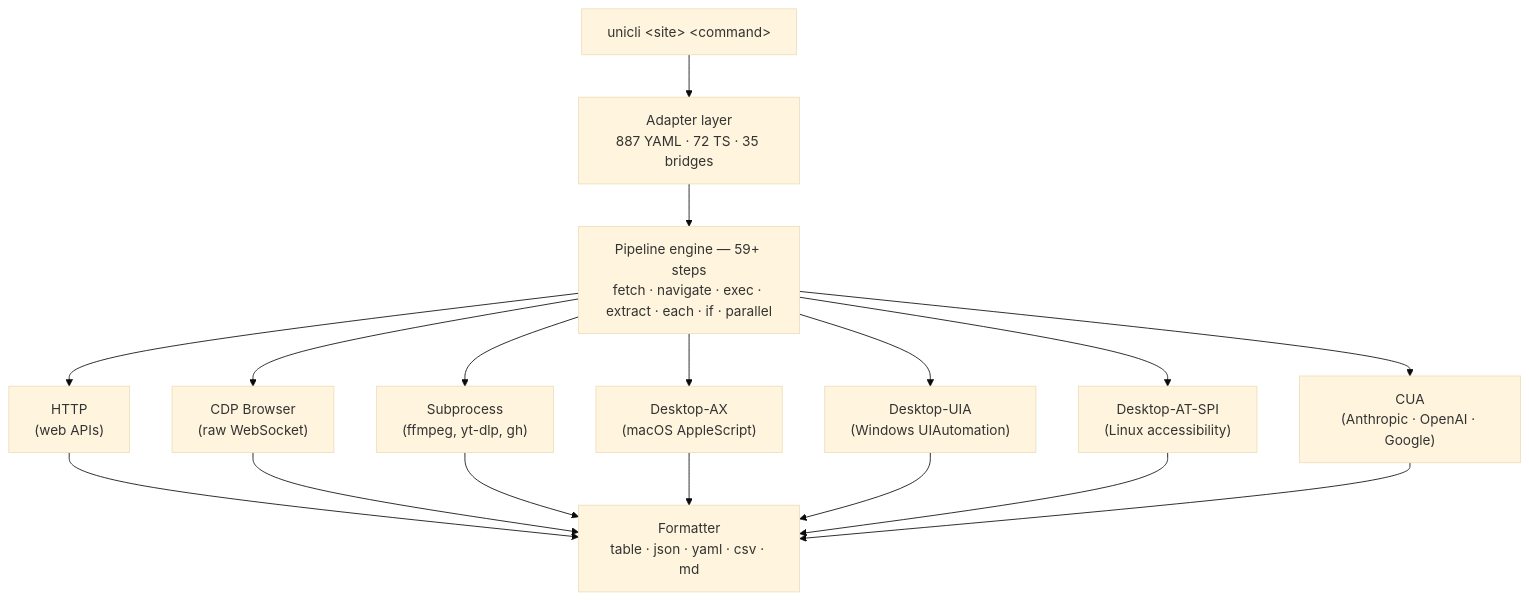
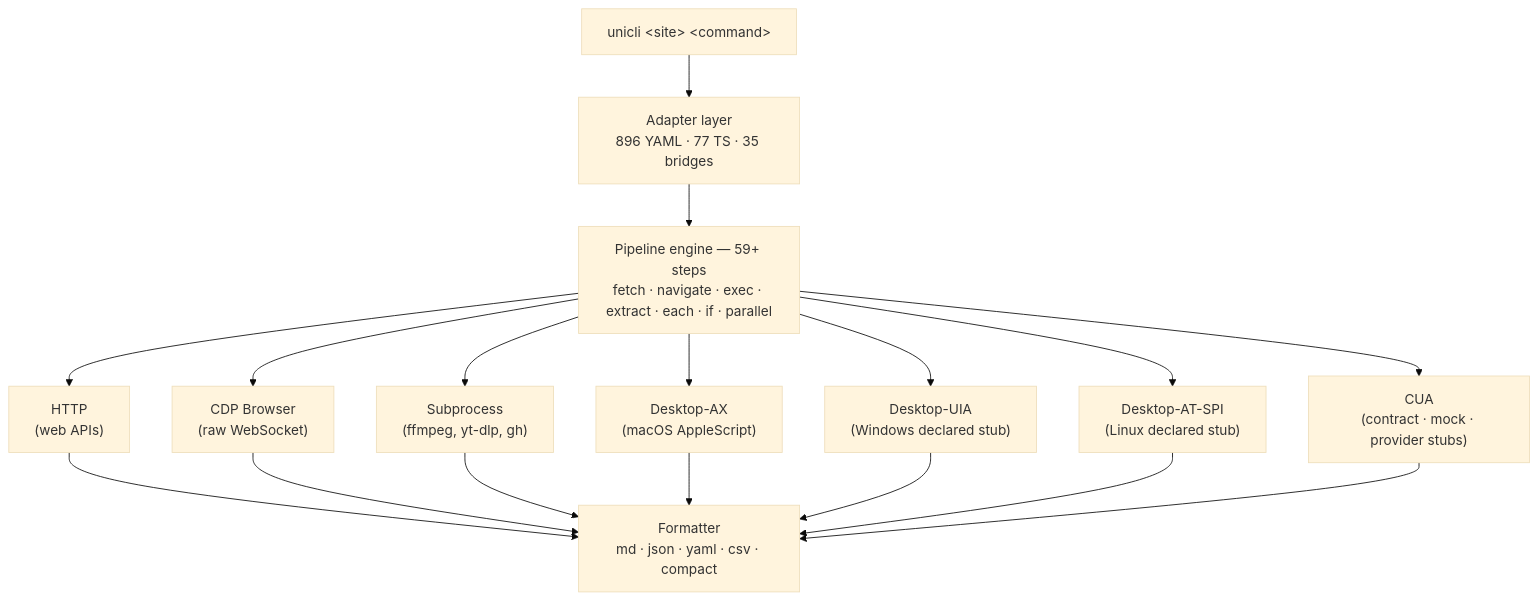
Before and after one commit to olo-dot-io/Uni-CLI: the diagram in README.md, drawn with Mermaid (base theme). The commit also changed other lines of this file and 57 other files, not shown here.

````diff
--- a/README.md
+++ b/README.md
@@ -79,24 +79,24 @@
 ```mermaid
 graph TB
     CMD["unicli &lt;site&gt; &lt;command&gt;"]
 
-    CMD --> ADAPT["Adapter layer<br/>887 YAML · 72 TS · 35 bridges"]
+    CMD --> ADAPT["Adapter layer<br/><!-- STATS:adapter_count_yaml -->896<!-- /STATS --> YAML · <!-- STATS:adapter_count_ts -->77<!-- /STATS --> TS · 35 bridges"]
 
     ADAPT --> ENGINE["Pipeline engine — <!-- STATS:pipeline_step_count -->59<!-- /STATS -->+ steps<br/>fetch · navigate · exec · extract · each · if · parallel"]
 
     ENGINE --> T1["HTTP<br/>(web APIs)"]
     ENGINE --> T2["CDP Browser<br/>(raw WebSocket)"]
     ENGINE --> T3["Subprocess<br/>(ffmpeg, yt-dlp, gh)"]
     ENGINE --> T4["Desktop-AX<br/>(macOS AppleScript)"]
-    ENGINE --> T5["Desktop-UIA<br/>(Windows UIAutomation)"]
-    ENGINE --> T6["Desktop-AT-SPI<br/>(Linux accessibility)"]
-    ENGINE --> T7["CUA<br/>(Anthropic · OpenAI · Google)"]
+    ENGINE --> T5["Desktop-UIA<br/>(Windows declared stub)"]
+    ENGINE --> T6["Desktop-AT-SPI<br/>(Linux declared stub)"]
+    ENGINE --> T7["CUA<br/>(contract · mock · provider stubs)"]
 
-    T1 --> OUT["Formatter<br/>table · json · yaml · csv · md"]
+    T1 --> OUT["Formatter<br/>md · json · yaml · csv · compact"]
     T2 --> OUT
     T3 --> OUT
     T4 --> OUT
     T5 --> OUT
     T6 --> OUT
     T7 --> OUT
 ```
````
